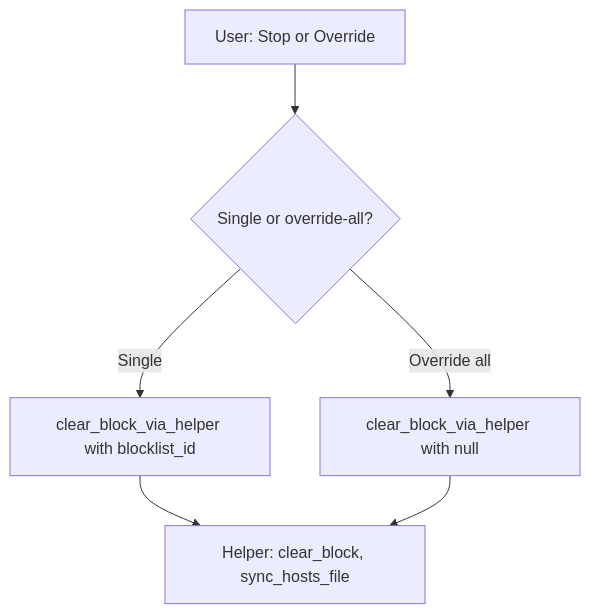
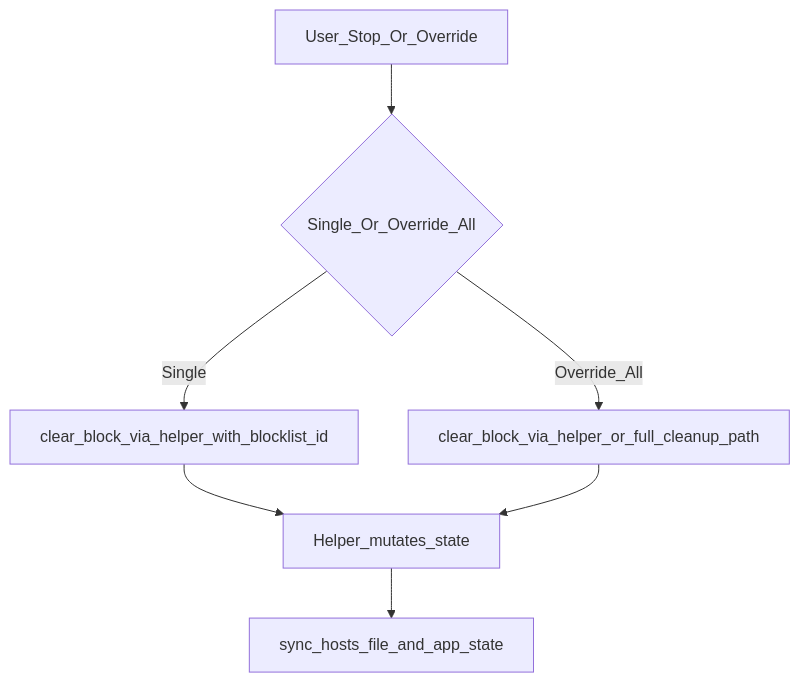
Before and after one commit to kasnder/redd-block: the ninth of 13 diagrams in architecture.md, drawn with Mermaid. The commit also changed other lines of this file, not shown here.

````diff
--- a/architecture.md
+++ b/architecture.md
@@ -519,8 +644,9 @@
 ```mermaid
 flowchart TD
-    A[User: Stop or Override] --> B{Single or override-all?}
-    B -->|Single| C[clear_block_via_helper with blocklist_id]
-    B -->|Override all| D[clear_block_via_helper with null]
-    C --> E[Helper: clear_block, sync_hosts_file]
+    A[User_Stop_Or_Override] --> B{Single_Or_Override_All}
+    B -->|Single| C[clear_block_via_helper_with_blocklist_id]
+    B -->|Override_All| D[clear_block_via_helper_or_full_cleanup_path]
+    C --> E[Helper_mutates_state]
     D --> E
+    E --> F[sync_hosts_file_and_app_state]
 ```
````
